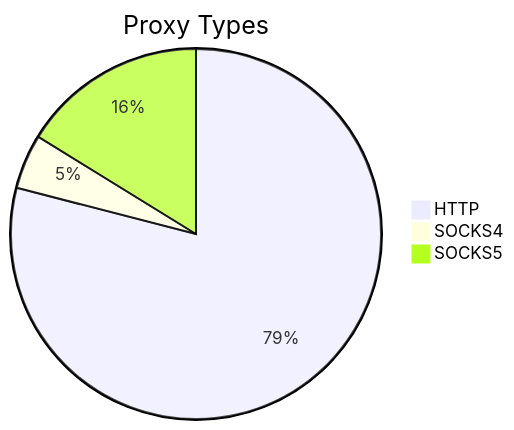
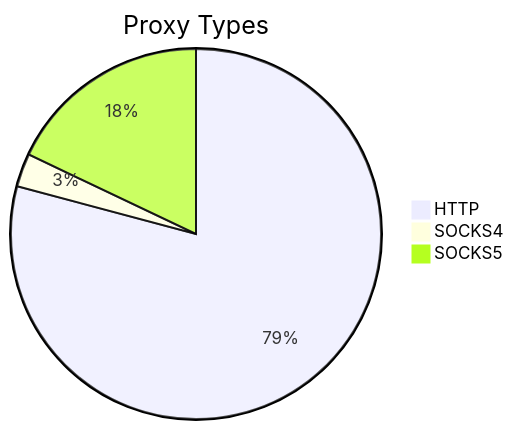
The first of 2 diagrams in README.md (stormsia/proxy-list), drawn with Mermaid before and after one commit. The commit also changed other lines of this file, not shown here.

````diff
--- a/README.md
+++ b/README.md
@@ -21,6 +21,6 @@
 ```mermaid
 pie title Proxy Types
-    "HTTP" : 546
-    "SOCKS4" : 33
-    "SOCKS5" : 112
+    "HTTP" : 490
+    "SOCKS4" : 18
+    "SOCKS5" : 111
 ```
````
